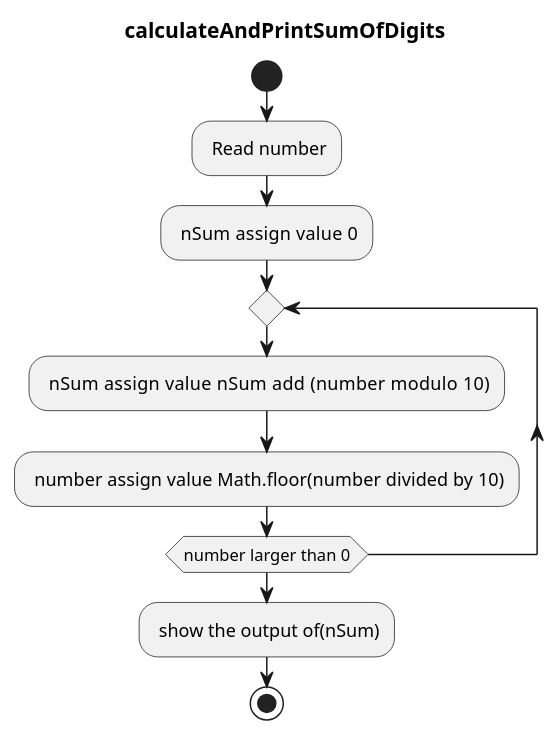
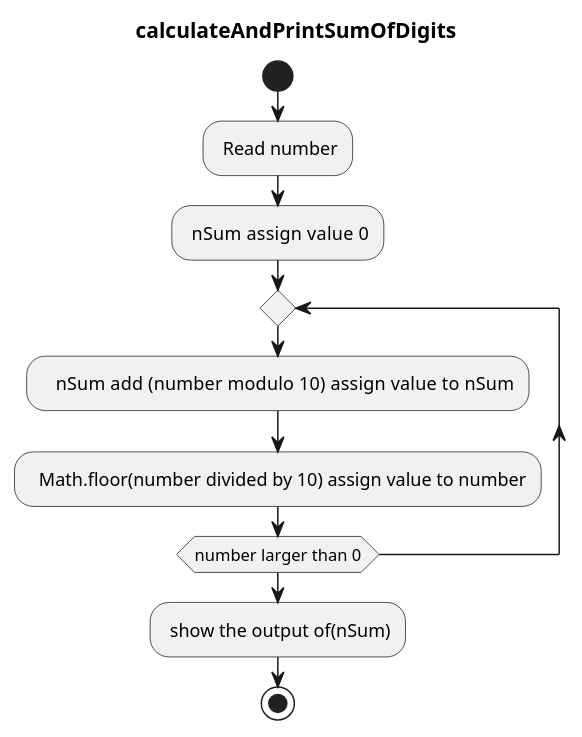
The diagram in diagram/6b.wsd (codingPhuc/B-i-t-p-nh-p-m-n-l-p-tr-nh), drawn with PlantUML before and after one commit. The commit also changed 72 other files, not shown here.

```diff
--- a/diagram/6b.wsd
+++ b/diagram/6b.wsd
@@ -1,12 +1,12 @@
 @startuml calculateAndPrintSumOfDigits
 title calculateAndPrintSumOfDigits
 start
 : Read number;
 : nSum assign value  0;
 repeat 
-  : nSum assign value  nSum add  (number modulo  10);
-  : number assign value  Math.floor(number divided by 10);
+  :   nSum add  (number modulo  10) assign value to nSum;
+  :  Math.floor(number divided by 10) assign value to number;
 repeat while (number larger than 0)
 : show the output of(nSum);
 stop
 @enduml
```
